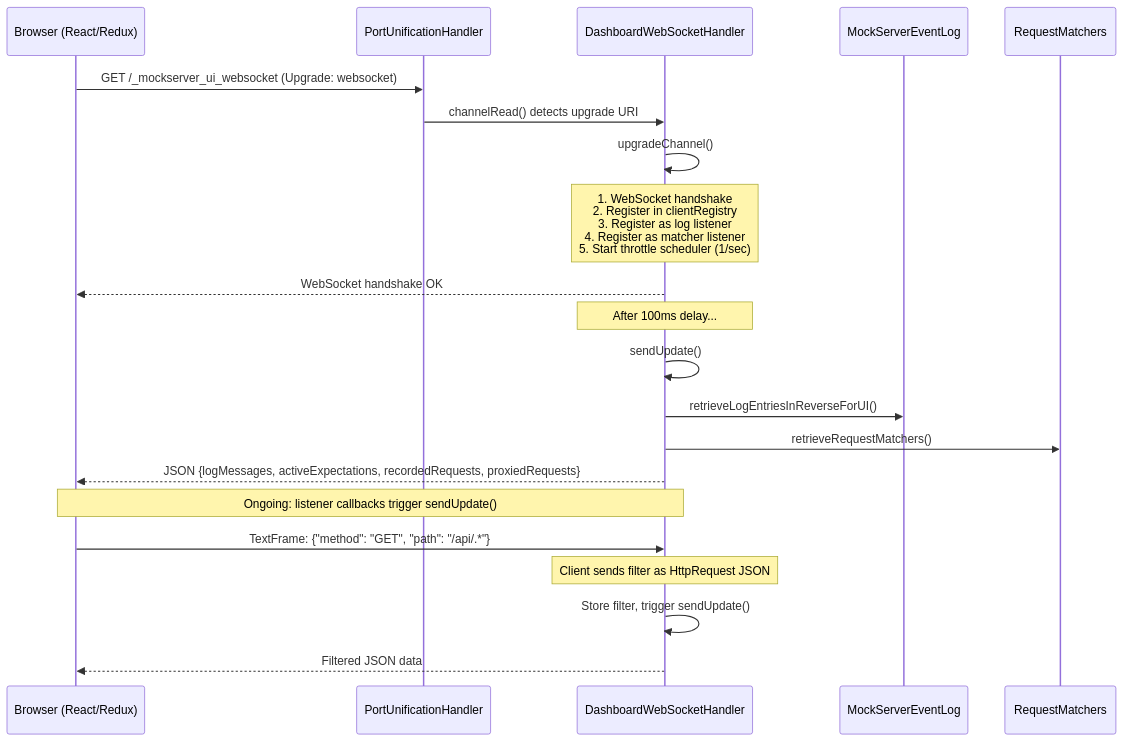
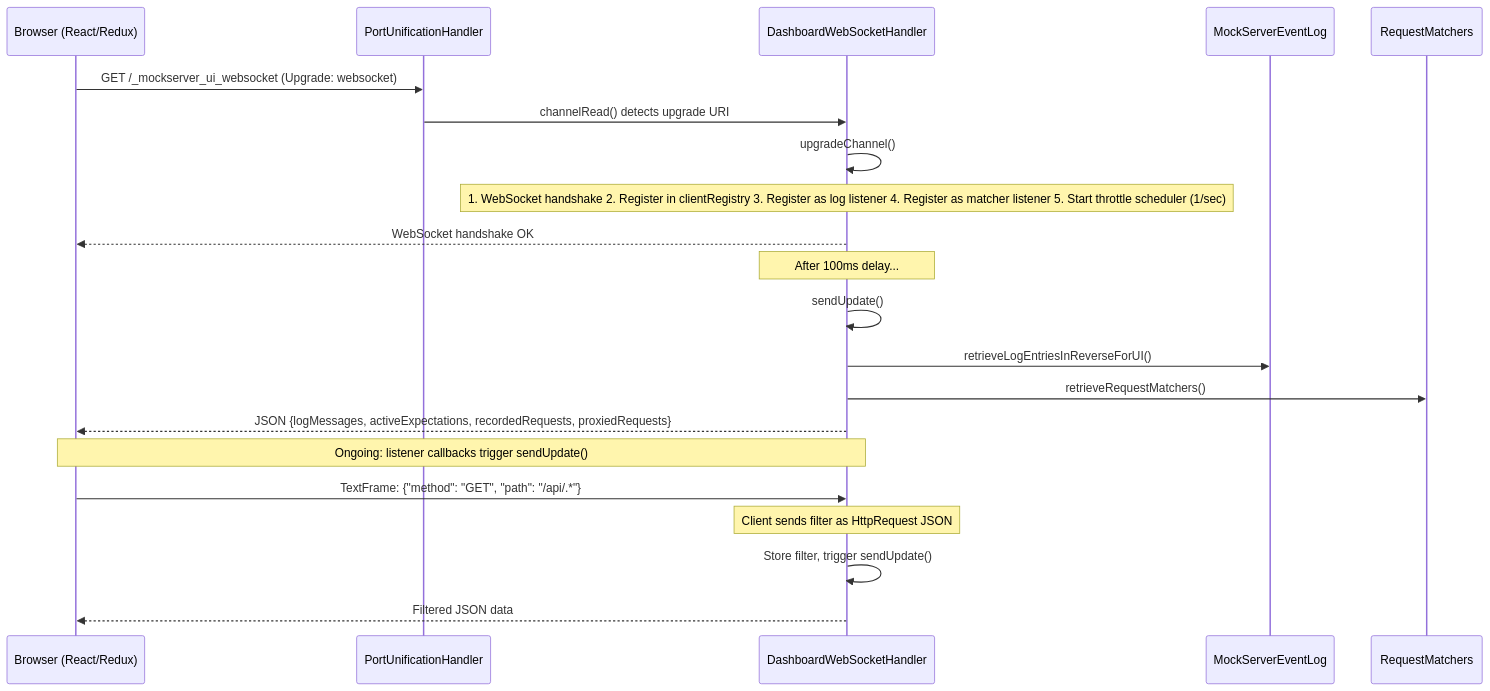
Before and after one commit to mock-server/mockserver: the third of 4 diagrams in docs/code/dashboard-ui.md, drawn with Mermaid. The commit also changed other lines of this file and 21 other files, not shown here.

First line of the commit message:
fix(docs): remove HTML tags from Mermaid diagrams to fix GitHub rendering

````diff
--- a/docs/code/dashboard-ui.md
+++ b/docs/code/dashboard-ui.md
@@ -53,29 +59,29 @@
 ```mermaid
 sequenceDiagram
     participant B as Browser (React/Redux)
     participant PU as PortUnificationHandler
     participant DWSH as DashboardWebSocketHandler
     participant EL as MockServerEventLog
     participant RM as RequestMatchers
 
     B->>PU: GET /_mockserver_ui_websocket (Upgrade: websocket)
     PU->>DWSH: channelRead() detects upgrade URI
 
     DWSH->>DWSH: upgradeChannel()
-    Note over DWSH: 1. WebSocket handshake<br/>2. Register in clientRegistry<br/>3. Register as log listener<br/>4. Register as matcher listener<br/>5. Start throttle scheduler (1/sec)
+    Note over DWSH: 1. WebSocket handshake 2. Register in clientRegistry 3. Register as log listener 4. Register as matcher listener 5. Start throttle scheduler (1/sec)
 
     DWSH-->>B: WebSocket handshake OK
 
     Note over DWSH: After 100ms delay...
     DWSH->>DWSH: sendUpdate()
     DWSH->>EL: retrieveLogEntriesInReverseForUI()
     DWSH->>RM: retrieveRequestMatchers()
     DWSH-->>B: JSON {logMessages, activeExpectations, recordedRequests, proxiedRequests}
 
     Note over B,DWSH: Ongoing: listener callbacks trigger sendUpdate()
 
     B->>DWSH: TextFrame: {"method": "GET", "path": "/api/.*"}
     Note over DWSH: Client sends filter as HttpRequest JSON
     DWSH->>DWSH: Store filter, trigger sendUpdate()
     DWSH-->>B: Filtered JSON data
 ```
````
